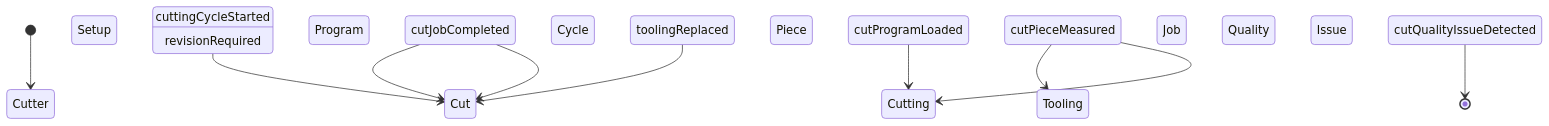
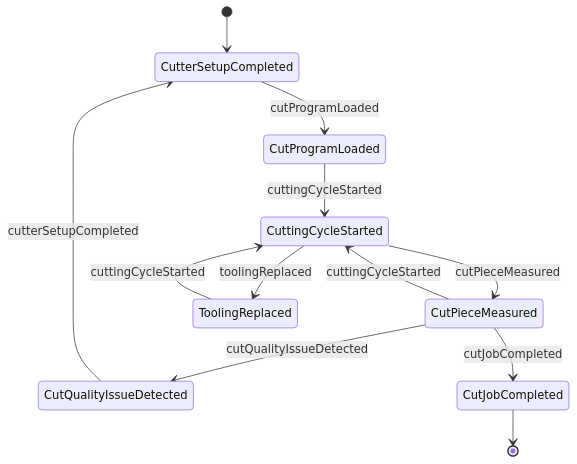
The second of 4 diagrams in ControllingMachinesAndProcesses/OperateCuttingOrGrindingEquipment/OperateCuttingEquipment.mdx (dot-org-ai/tasks.org.ai), drawn with Mermaid before and after one commit. The commit also changed other lines of this file and 515 other files, not shown here.

````diff
--- a/ControllingMachinesAndProcesses/OperateCuttingOrGrindingEquipment/OperateCuttingEquipment.mdx
+++ b/ControllingMachinesAndProcesses/OperateCuttingOrGrindingEquipment/OperateCuttingEquipment.mdx
@@ -99,12 +99,14 @@
 ```mermaid
 stateDiagram-v2
-    [*] --> Cutter Setup Completed
-    Cutter Setup Completed --> Cut Program Loaded : cutProgramLoaded
-    Cut Program Loaded --> Cutting Cycle Started : cuttingCycleStarted
-    Cutting Cycle Started --> Cut Piece Measured : cutPieceMeasured
-    Cut Piece Measured --> Tooling Replaced : toolingReplaced
-    Tooling Replaced --> Cut Job Completed : cutJobCompleted
-    Cut Job Completed --> Cut Quality Issue Detected : cutQualityIssueDetected
-    Cut Piece Measured --> Cutting Cycle Started : revisionRequired
-    Cut Quality Issue Detected --> [*]
+    [*] --> CutterSetupCompleted
+    CutterSetupCompleted --> CutProgramLoaded : cutProgramLoaded
+    CutProgramLoaded --> CuttingCycleStarted : cuttingCycleStarted
+    CuttingCycleStarted --> CutPieceMeasured : cutPieceMeasured
+    CutPieceMeasured --> CuttingCycleStarted : cuttingCycleStarted
+    CutPieceMeasured --> CutQualityIssueDetected : cutQualityIssueDetected
+    CutQualityIssueDetected --> CutterSetupCompleted : cutterSetupCompleted
+    CuttingCycleStarted --> ToolingReplaced : toolingReplaced
+    ToolingReplaced --> CuttingCycleStarted : cuttingCycleStarted
+    CutPieceMeasured --> CutJobCompleted : cutJobCompleted
+    CutJobCompleted --> [*]
 ```
````
